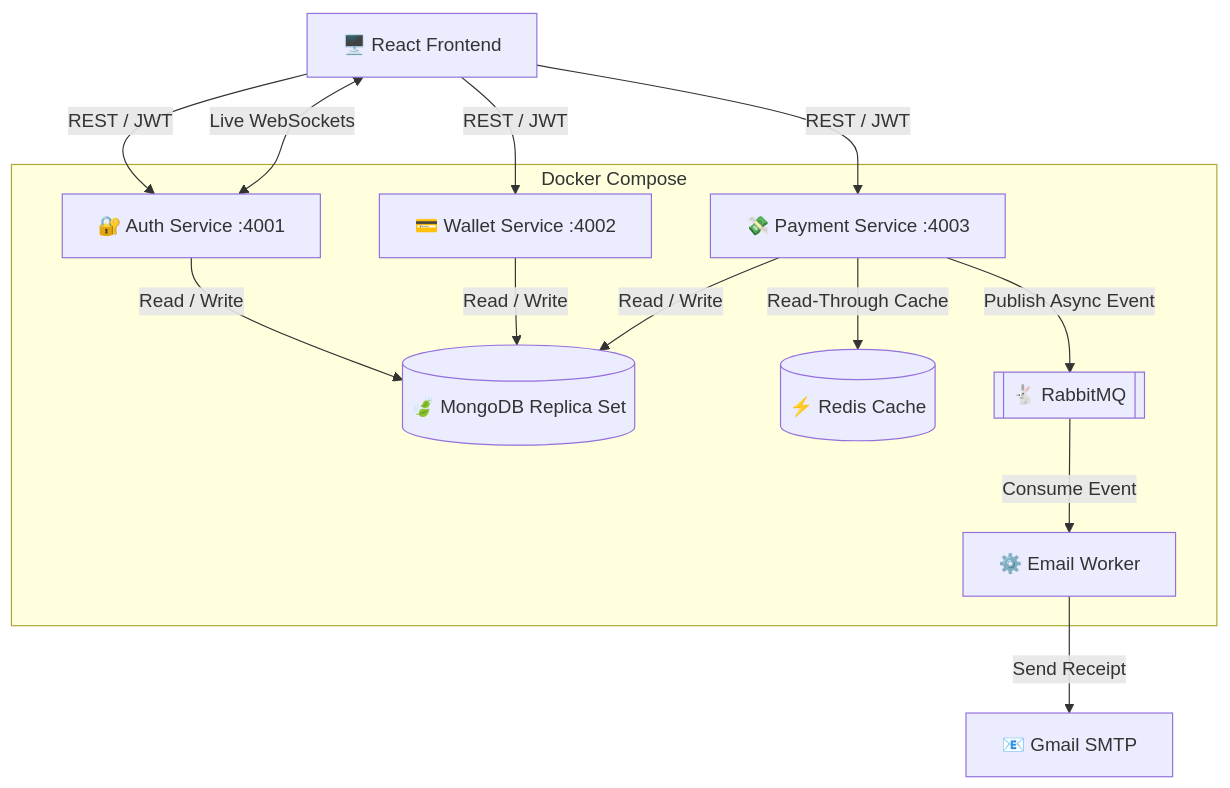
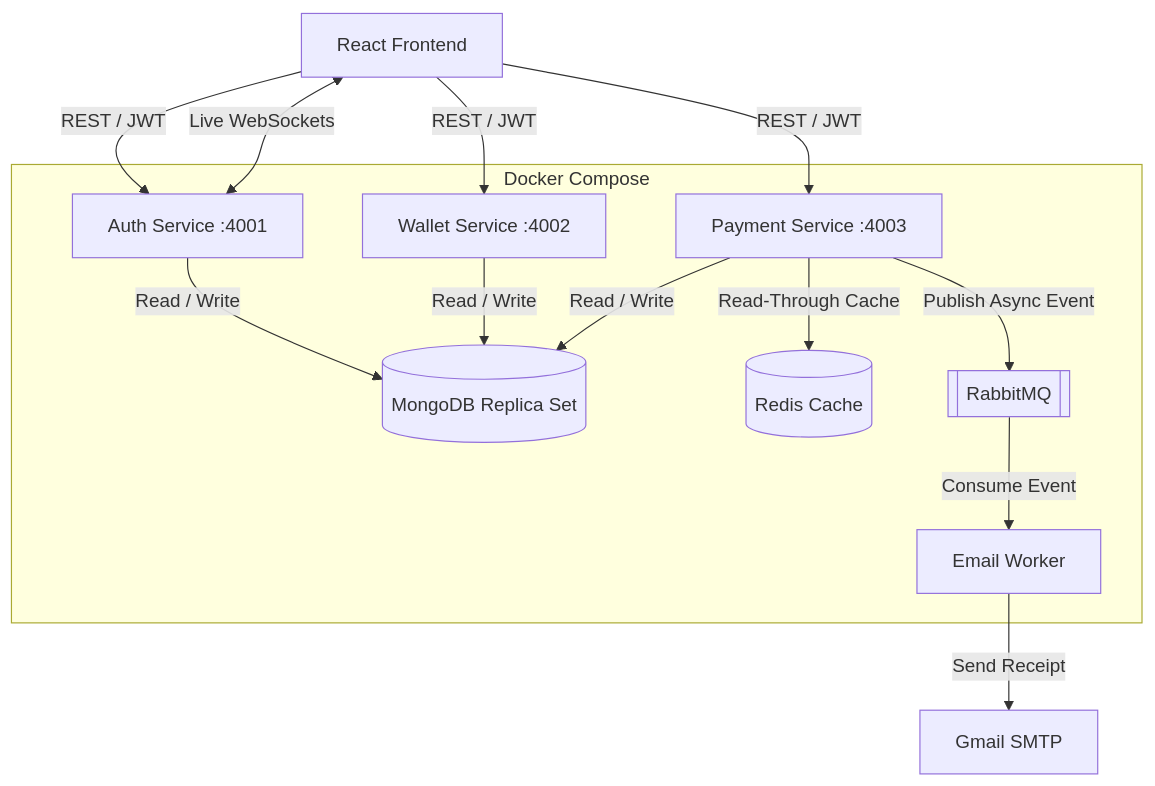
Before and after one commit to raunak-1515/novapay: the diagram in README.md, drawn with Mermaid. The commit also changed other lines of this file, not shown here.

Commit message:
Update README formatting and architecture diagram

````diff
--- a/README.md
+++ b/README.md
@@ -9,46 +9,46 @@
 ```mermaid
 graph TD
     %% Frontend
-    UI[🖥️ React Frontend]
+    UI[React Frontend]
 
     %% Microservices
     subgraph Docker Compose
-        Auth[🔐 Auth Service :4001]
-        Wallet[💳 Wallet Service :4002]
-        Payment[💸 Payment Service :4003]
+        Auth[Auth Service :4001]
+        Wallet[Wallet Service :4002]
+        Payment[Payment Service :4003]
         
         %% Databases & Brokers
-        DB[(🍃 MongoDB Replica Set)]
-        Cache[(⚡ Redis Cache)]
-        MQ[[🐇 RabbitMQ]]
+        DB[(MongoDB Replica Set)]
+        Cache[(Redis Cache)]
+        MQ[[RabbitMQ]]
         
         %% Background Worker
-        Worker[⚙️ Email Worker]
+        Worker[Email Worker]
     end
 
     %% External
-    SMTP[📧 Gmail SMTP]
+    SMTP[Gmail SMTP]
 
     %% API Connections
     UI -->|REST / JWT| Auth
     UI -->|REST / JWT| Wallet
     UI -->|REST / JWT| Payment
     
     %% WebSocket
     Auth <-->|Live WebSockets| UI
 
     %% Database Connections
     Auth -->|Read / Write| DB
     Wallet -->|Read / Write| DB
     Payment -->|Read / Write| DB
 
     %% Redis Cache
     Payment -->|Read-Through Cache| Cache
 
     %% RabbitMQ Queue
     Payment -->|Publish Async Event| MQ
     MQ -->|Consume Event| Worker
     
     %% External Action
     Worker -->|Send Receipt| SMTP
 ```
````
